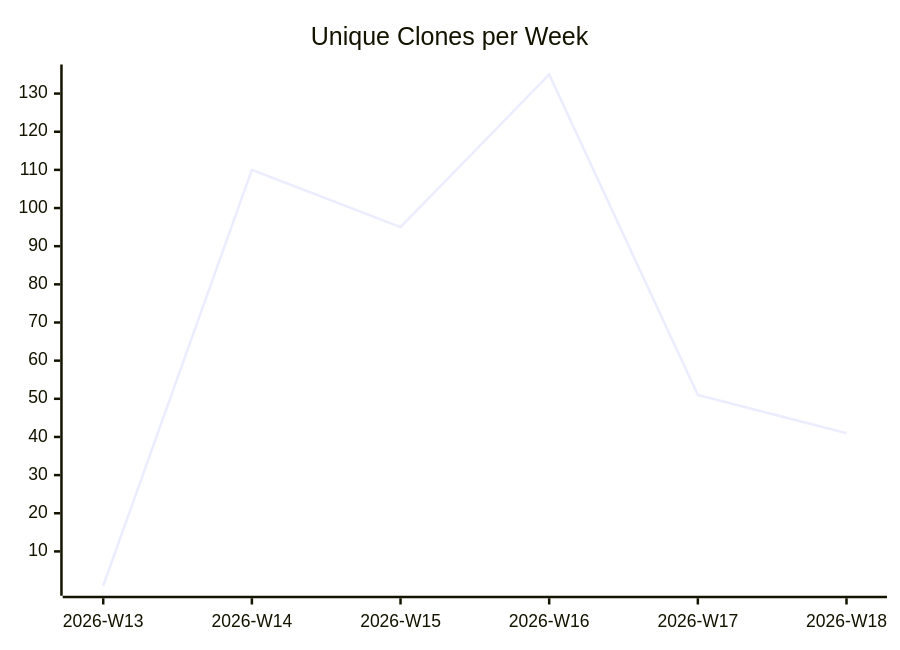
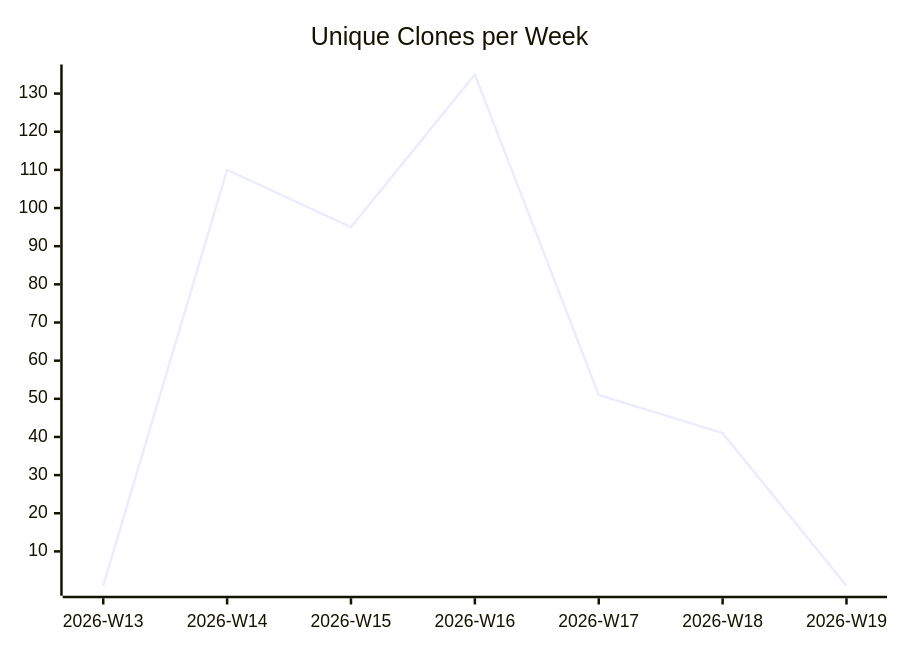
One commit to justdavis-family/github-analytics-data changed the third of 3 diagrams in justdavis-family/justdavis/README.md. Above: the diagram before and after it, drawn with Mermaid. The commit also changed other lines of this file and 187 other files, not shown here.

````diff
--- a/justdavis-family/justdavis/README.md
+++ b/justdavis-family/justdavis/README.md
@@ -19,6 +19,6 @@
 ```mermaid
 xychart-beta
   title "Unique Clones per Week"
-  x-axis ["2026-W13", "2026-W14", "2026-W15", "2026-W16", "2026-W17", "2026-W18"]
-  line [1, 110, 95, 135, 51, 41]
+  x-axis ["2026-W13", "2026-W14", "2026-W15", "2026-W16", "2026-W17", "2026-W18", "2026-W19"]
+  line [1, 110, 95, 135, 51, 41, 1]
 ```
````
